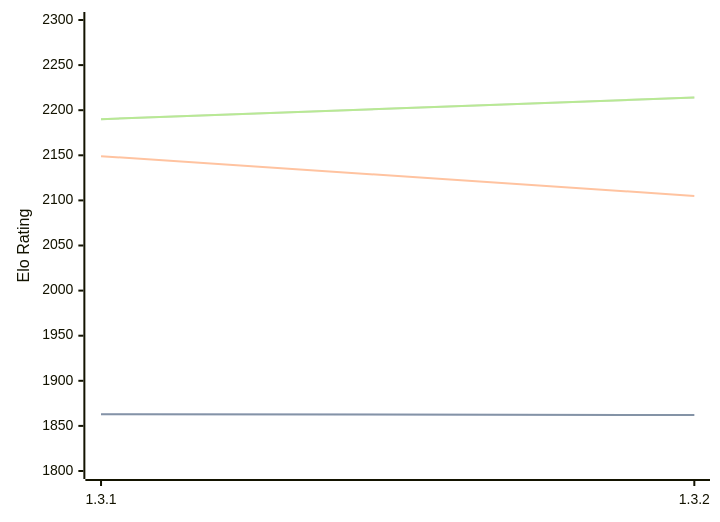
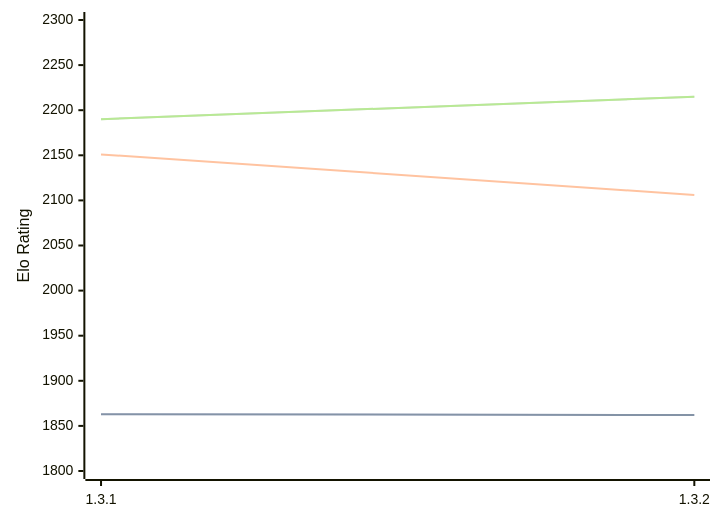
Before and after one commit to computer-chess-index/cci: the diagram in engines/Zugblitz.md, drawn with Mermaid. The commit also changed other lines of this file, not shown here.

Commit message:
Update CCI Ratings (ELO VLTC) - 2026-10-08

````diff
--- a/engines/Zugblitz.md
+++ b/engines/Zugblitz.md
@@ -32,11 +32,11 @@
 ```mermaid
 %%{init: {"theme":"base","themeVariables":{"seriesColors:['#a3a3a3','#222221','#faa371']}}}%%
 xychart-beta
   x-axis ["1.3.1", "1.3.2"]
   y-axis "Elo Rating" 1800 --> 2300
   line "" [1863, 1862]
   line "STC (8.0+0.08s)" [1863, 1862]
-  line "LTC (60.0+0.60s)" [2149, 2105]
-  line "" [2190, 2214]
-  line "VLTC (2m24s+1.12s)" [2190, 2214]
+  line "LTC (60.0+0.60s)" [2151, 2106]
+  line "" [2190, 2215]
+  line "VLTC (2m24s+1.12s)" [2190, 2215]
 ```
````
